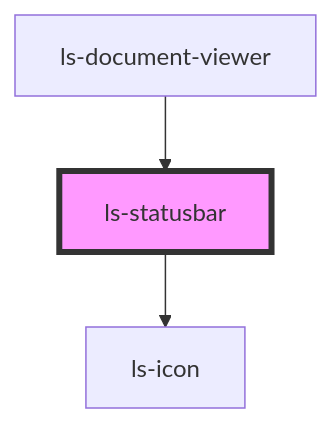
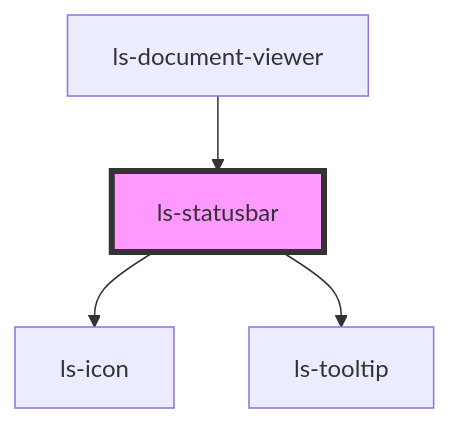
Before and after one commit to legalesign/ls-document-viewer: the diagram in src/components/ls-statusbar/readme.md, drawn with Mermaid. The commit also changed other lines of this file and 14 other files, not shown here.

````diff
--- a/src/components/ls-statusbar/readme.md
+++ b/src/components/ls-statusbar/readme.md
@@ -27,6 +30,7 @@
 ```mermaid
 graph TD;
   ls-statusbar --> ls-icon
+  ls-statusbar --> ls-tooltip
   ls-document-viewer --> ls-statusbar
   style ls-statusbar fill:#f9f,stroke:#333,stroke-width:4px
 ```
````
